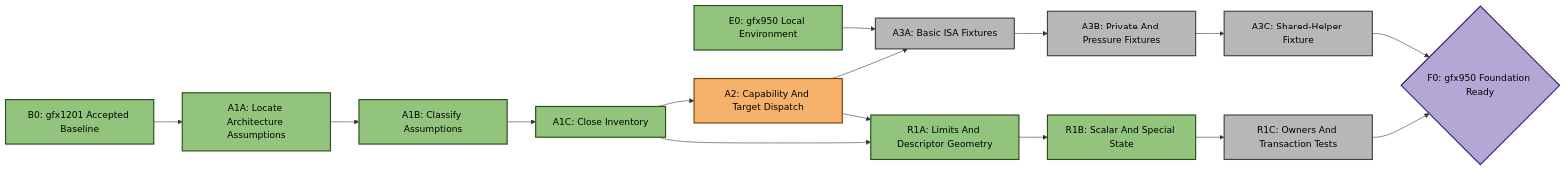
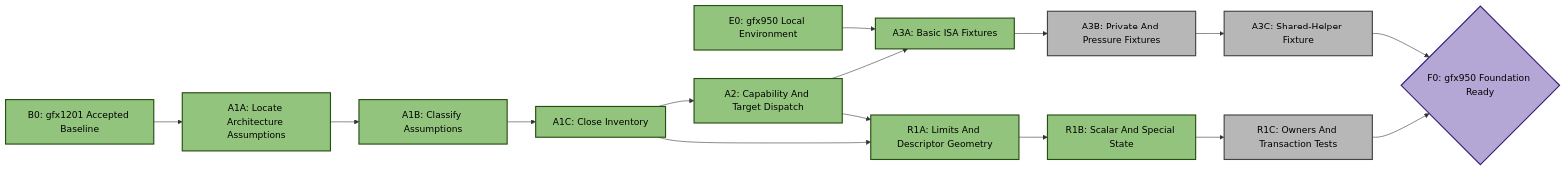
The second of 5 diagrams in emulation/rocjitsu/docs/consan/PLAN_GFX950.md (ROCm/rocm-systems), drawn with Mermaid before and after one commit. The commit also changed other lines of this file and 4 other files, not shown here.

````diff
--- a/emulation/rocjitsu/docs/consan/PLAN_GFX950.md
+++ b/emulation/rocjitsu/docs/consan/PLAN_GFX950.md
@@ -169,33 +176,33 @@
 ```mermaid
 flowchart LR
   B0["B0: gfx1201 Accepted Baseline"]:::done
   E0["E0: gfx950 Local Environment"]:::done
   A1A["A1A: Locate Architecture Assumptions"]:::done
   A1B["A1B: Classify Assumptions"]:::done
   A1C["A1C: Close Inventory"]:::done
-  A2["A2: Capability And Target Dispatch"]:::active
-  A3A["A3A: Basic ISA Fixtures"]:::todo
+  A2["A2: Capability And Target Dispatch"]:::done
+  A3A["A3A: Basic ISA Fixtures"]:::done
   A3B["A3B: Private And Pressure Fixtures"]:::todo
   A3C["A3C: Shared-Helper Fixture"]:::todo
   R1A["R1A: Limits And Descriptor Geometry"]:::done
   R1B["R1B: Scalar And Special State"]:::done
   R1C["R1C: Owners And Transaction Tests"]:::todo
   F0{"F0: gfx950 Foundation Ready"}:::target
 
   B0 --> A1A
   E0 --> A3A
   A1A --> A1B --> A1C
   A1C --> A2
   A2 --> A3A
   A3A --> A3B --> A3C
   A1C --> R1A
   A2 --> R1A
   R1A --> R1B --> R1C
   A3C --> F0
   R1C --> F0
 
   classDef done fill:#93c47d,stroke:#274e13,stroke-width:2px,color:#000;
   classDef active fill:#f6b26b,stroke:#783f04,stroke-width:2px,color:#000;
   classDef todo fill:#b7b7b7,stroke:#434343,stroke-width:2px,color:#000;
   classDef target fill:#b4a7d6,stroke:#351c75,stroke-width:2px,color:#000;
 ```
````
